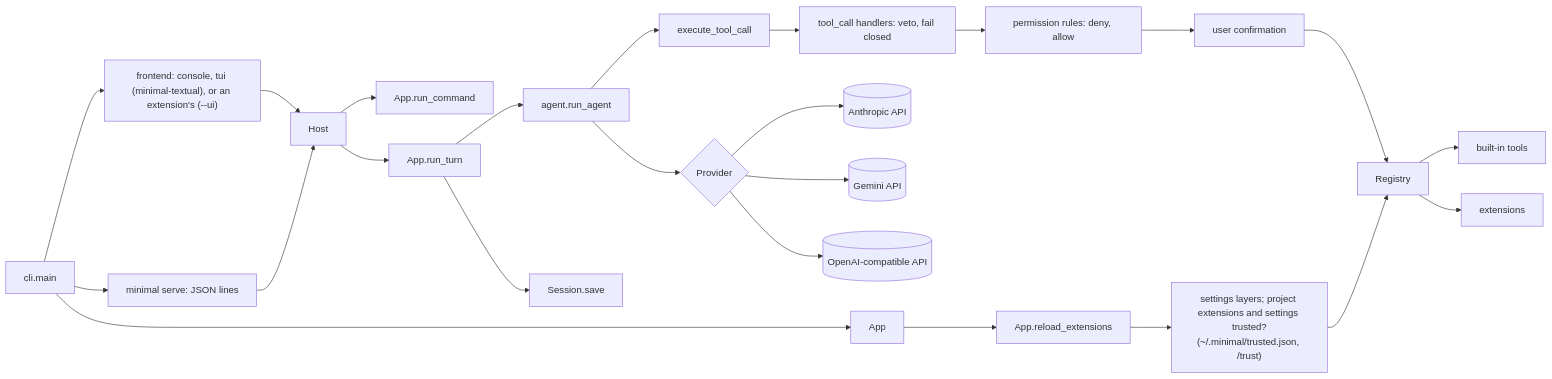
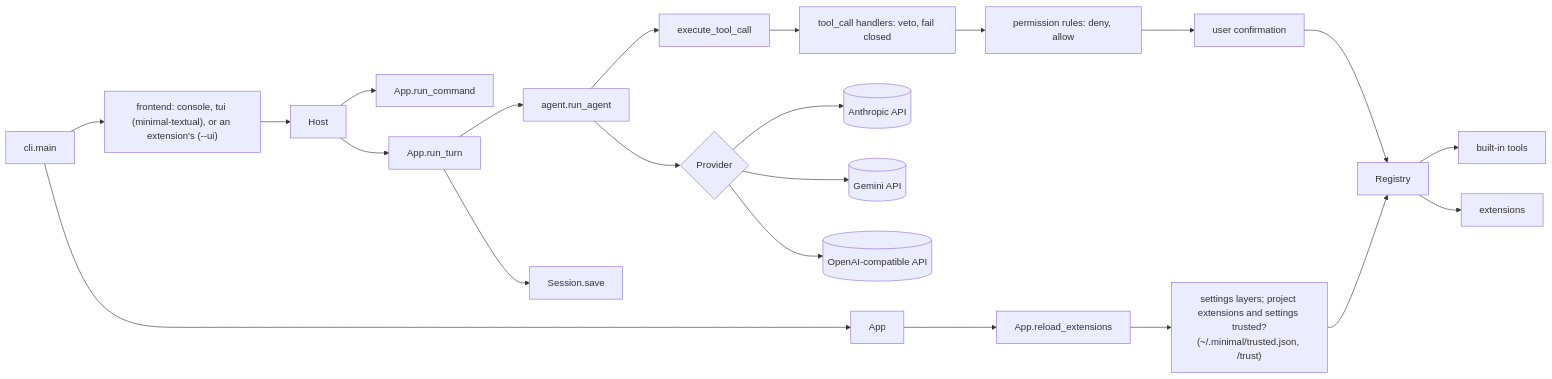
Before and after one commit to RafaSG13/Minimal: the diagram in README.md, drawn with Mermaid. The commit also changed other lines of this file and 11 other files, not shown here.

First line of the commit message:
Remove minimal serve: the JSON-lines server and its docs, views and tests

````diff
--- a/README.md
+++ b/README.md
@@ -270,18 +269,17 @@
 ```mermaid
 flowchart LR
   cli[cli.main] --> app[App]
   cli --> frontend["frontend: console, tui (minimal-textual), or an extension's (--ui)"] --> host[Host]
-  cli --> serve["minimal serve: JSON lines"] --> host
   host --> commands[App.run_command]
   host --> turn[App.run_turn]
   turn --> agent[agent.run_agent]
   agent --> provider{Provider}
   provider --> anthropic[(Anthropic API)]
   provider --> gemini[(Gemini API)]
   provider --> openai[(OpenAI-compatible API)]
   agent --> exec[execute_tool_call] --> guard["tool_call handlers: veto, fail closed"] --> perms["permission rules: deny, allow"] --> confirm[user confirmation] --> registry[Registry]
   registry --> tools[built-in tools]
   registry --> ext[extensions]
   app --> reload[App.reload_extensions] --> trust["settings layers; project extensions and settings trusted?<br/>(~/.minimal/trusted.json, /trust)"] --> registry
   turn --> session[Session.save]
 ```
````
